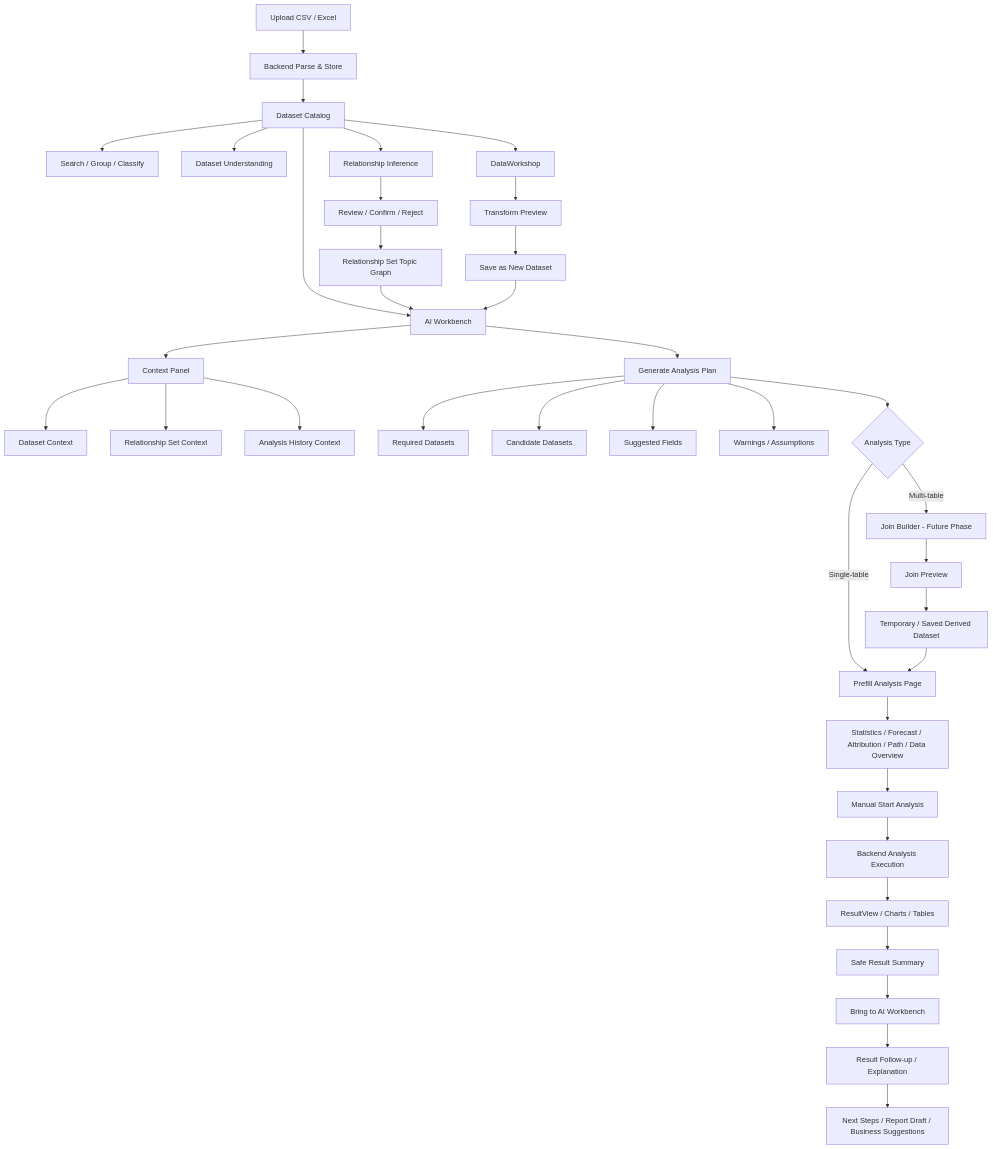
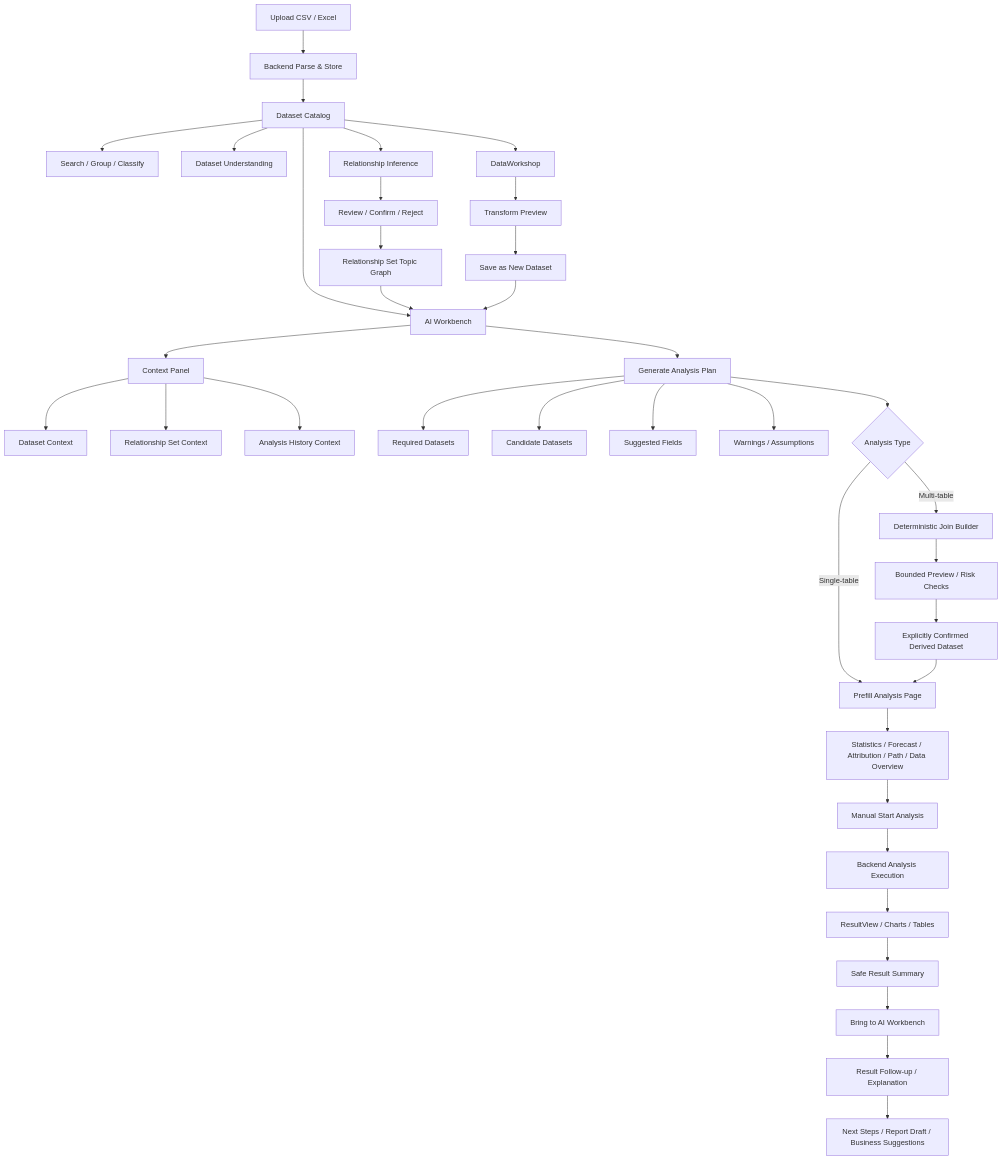
Before and after one commit to Luoqihui2002/InsightEase: the first of 4 diagrams in README.md, drawn with Mermaid. The commit also changed other lines of this file and 28 other files, not shown here.

Commit message:
feat: add multi-table analysis dataset builder

````diff
--- a/README.md
+++ b/README.md
@@ -186,48 +188,48 @@
 ```mermaid
 flowchart TD
     A[Upload CSV / Excel] --> B[Backend Parse & Store]
     B --> C[Dataset Catalog]
     C --> C1[Search / Group / Classify]
     C --> C2[Dataset Understanding]
 
     C --> D[DataWorkshop]
     D --> D1[Transform Preview]
     D1 --> D2[Save as New Dataset]
 
     C --> E[Relationship Inference]
     E --> E1[Review / Confirm / Reject]
     E1 --> E2[Relationship Set Topic Graph]
 
     C --> F[AI Workbench]
     E2 --> F
     D2 --> F
 
     F --> F1[Context Panel]
     F1 --> F1A[Dataset Context]
     F1 --> F1B[Relationship Set Context]
     F1 --> F1C[Analysis History Context]
 
     F --> G[Generate Analysis Plan]
     G --> G1[Required Datasets]
     G --> G2[Candidate Datasets]
     G --> G3[Suggested Fields]
     G --> G4[Warnings / Assumptions]
 
     G --> H{Analysis Type}
 
     H -->|Single-table| I[Prefill Analysis Page]
     I --> J[Statistics / Forecast / Attribution / Path / Data Overview]
     J --> K[Manual Start Analysis]
     K --> L[Backend Analysis Execution]
     L --> M[ResultView / Charts / Tables]
 
-    H -->|Multi-table| N[Join Builder - Future Phase]
-    N --> N1[Join Preview]
-    N1 --> N2[Temporary / Saved Derived Dataset]
+    H -->|Multi-table| N[Deterministic Join Builder]
+    N --> N1[Bounded Preview / Risk Checks]
+    N1 --> N2[Explicitly Confirmed Derived Dataset]
     N2 --> I
 
     M --> O[Safe Result Summary]
     O --> P[Bring to AI Workbench]
     P --> Q[Result Follow-up / Explanation]
     Q --> R[Next Steps / Report Draft / Business Suggestions]
 ```
````
